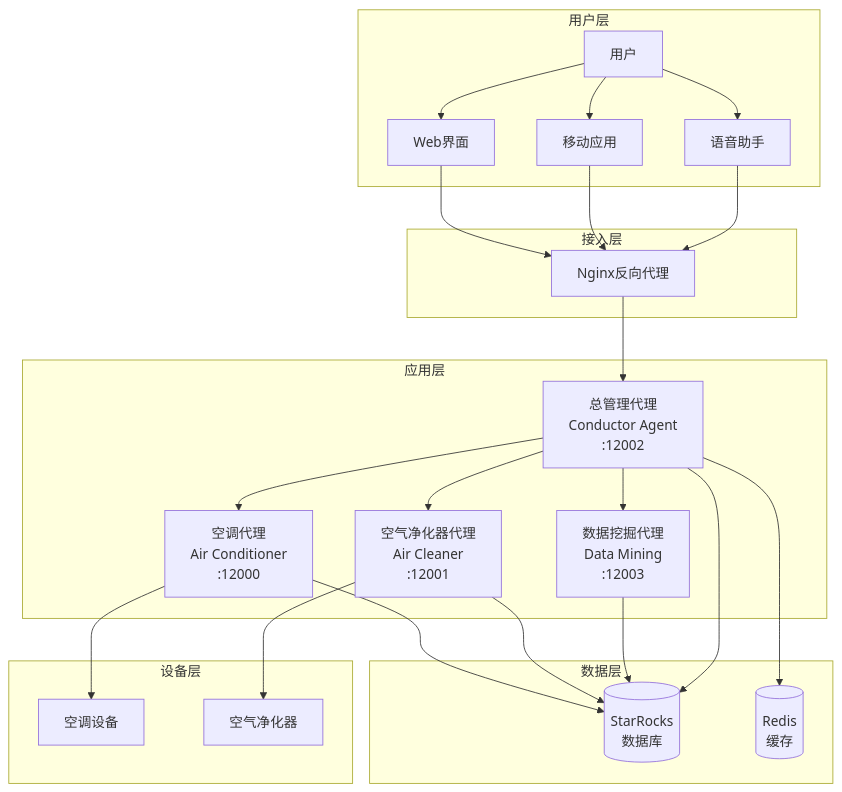
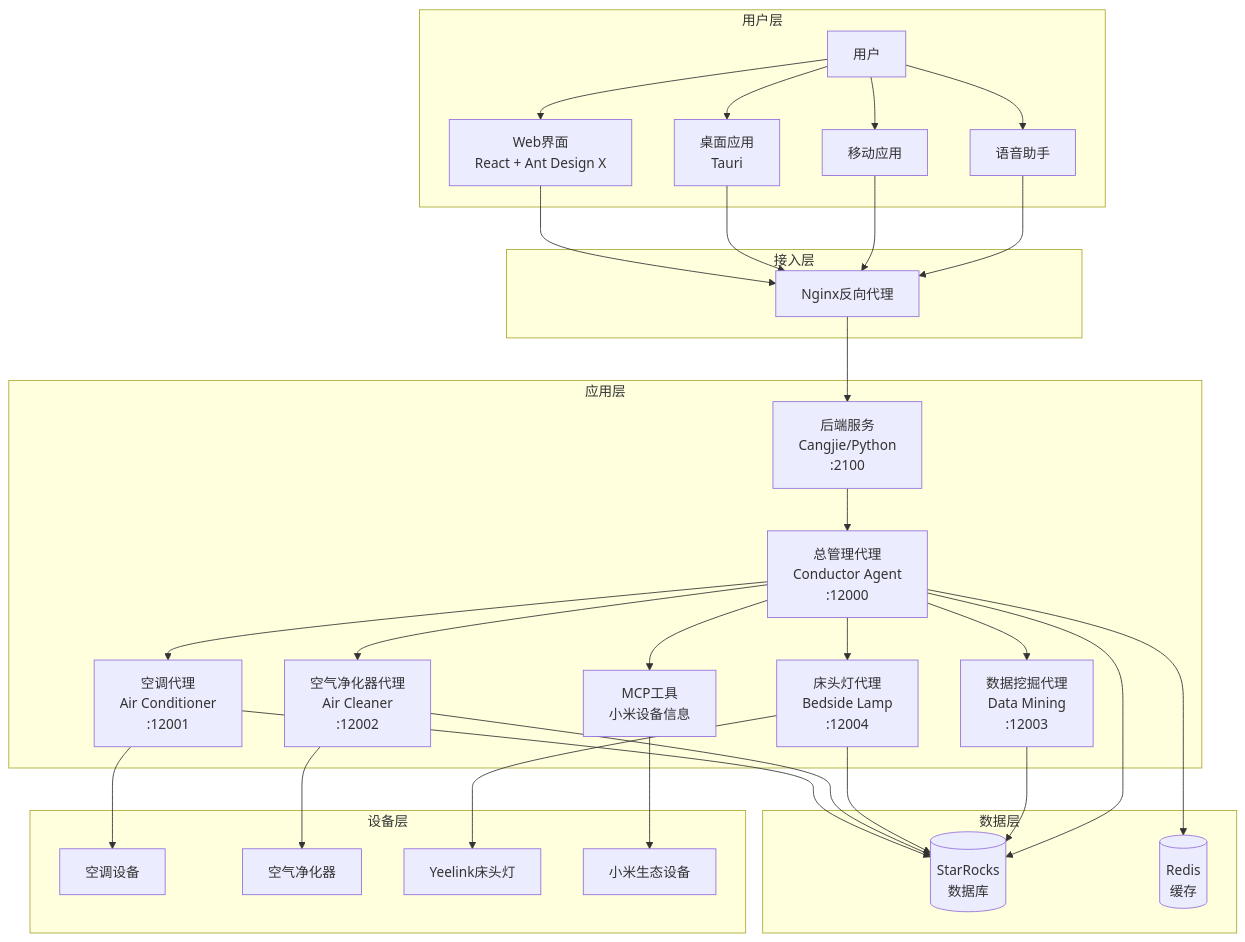
The diagram in README.md (xiaoguos/smart-home-multi-agent-collaboration-system), drawn with Mermaid before and after one commit. The commit also changed other lines of this file and 3 other files, not shown here.

````diff
--- a/README.md
+++ b/README.md
@@ -55,34 +61,42 @@
 ```mermaid
 graph TB
     subgraph "用户层"
-        U[用户] --> W[Web界面]
+        U[用户] --> W[Web界面<br/>React + Ant Design X]
+        U --> D[桌面应用<br/>Tauri]
         U --> M[移动应用]
         U --> V[语音助手]
     end
     
     subgraph "接入层"
         W --> N[Nginx反向代理]
+        D --> N
         M --> N
         V --> N
     end
     
     subgraph "应用层"
-        N --> C[总管理代理<br/>Conductor Agent<br/>:12002]
-        C --> AC[空调代理<br/>Air Conditioner<br/>:12000]
-        C --> ALC[空气净化器代理<br/>Air Cleaner<br/>:12001]
+        N --> B[后端服务<br/>Cangjie/Python<br/>:2100]
+        B --> C[总管理代理<br/>Conductor Agent<br/>:12000]
+        C --> AC[空调代理<br/>Air Conditioner<br/>:12001]
+        C --> ALC[空气净化器代理<br/>Air Cleaner<br/>:12002]
+        C --> BL[床头灯代理<br/>Bedside Lamp<br/>:12004]
         C --> DM[数据挖掘代理<br/>Data Mining<br/>:12003]
+        C --> MCP[MCP工具<br/>小米设备信息]
     end
     
     subgraph "数据层"
         AC --> DB[(StarRocks<br/>数据库)]
         ALC --> DB
+        BL --> DB
         DM --> DB
         C --> DB
         C --> R[(Redis<br/>缓存)]
     end
     
     subgraph "设备层"
         AC --> D1[空调设备]
         ALC --> D2[空气净化器]
+        BL --> D3[Yeelink床头灯]
+        MCP --> D4[小米生态设备]
     end
 ```
````
